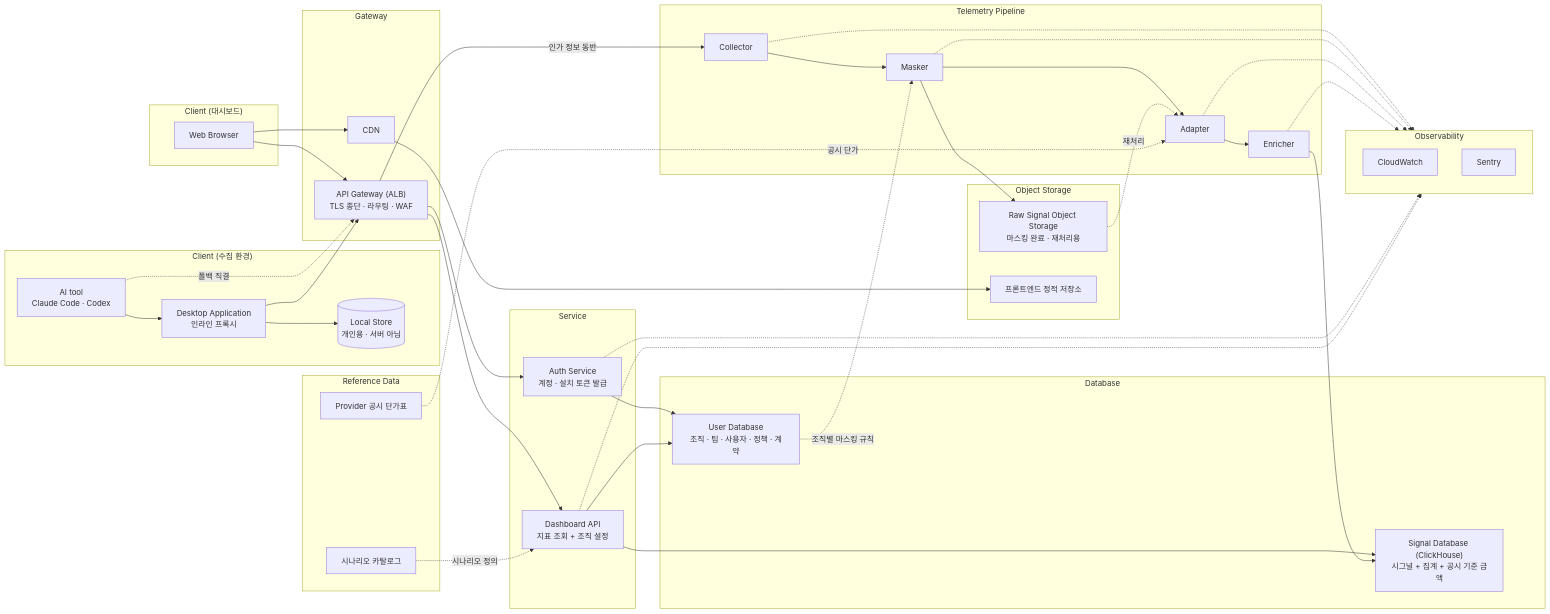
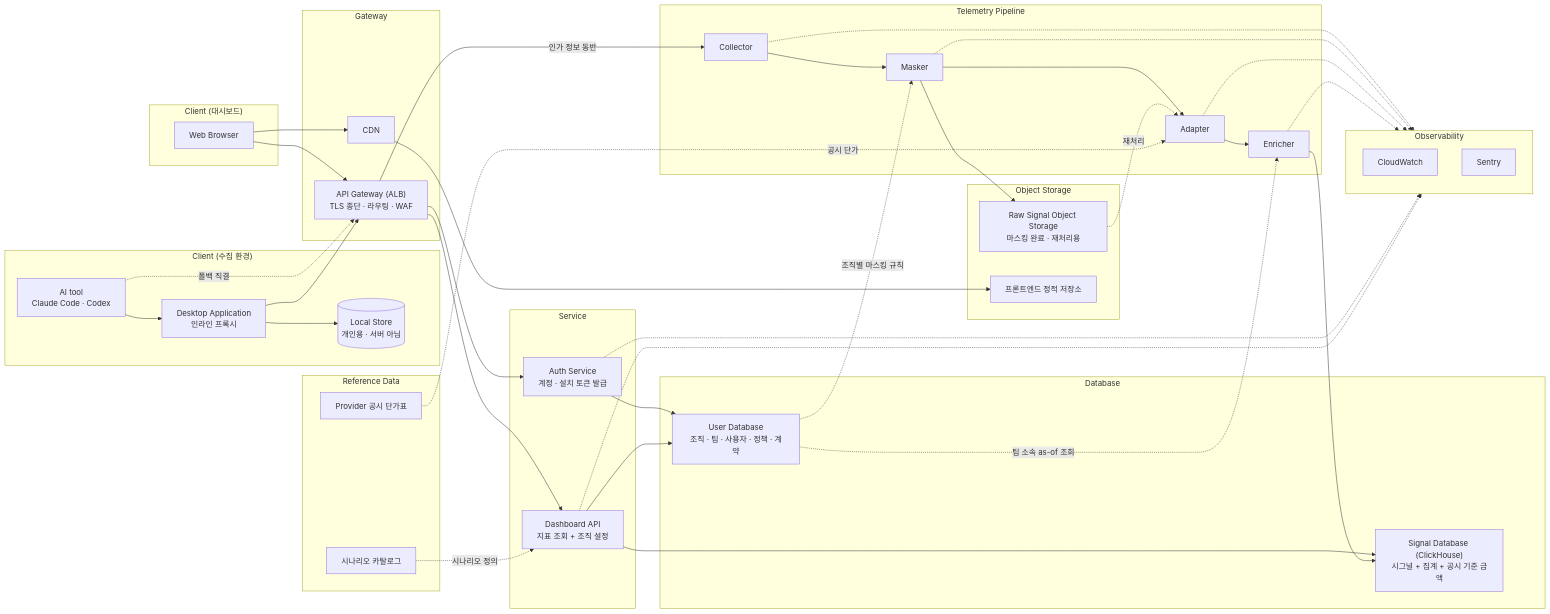
One commit to soma-376/docs changed the diagram in architecture/overview.md. Above: the diagram before and after it, drawn with Mermaid. The commit also changed other lines of this file and 12 other files, not shown here.

````diff
--- a/architecture/overview.md
+++ b/architecture/overview.md
@@ -21,70 +21,71 @@
 ```mermaid
 flowchart LR
   subgraph C1["Client (수집 환경)"]
     AITOOL["AI tool<br>Claude Code · Codex"]
     DESKTOP["Desktop Application<br>인라인 프록시"]
     LOCAL[("Local Store<br>개인용 · 서버 아님")]
   end
   subgraph C2["Client (대시보드)"]
     WEB["Web Browser"]
   end
   subgraph GW["Gateway"]
     APIGW["API Gateway (ALB)<br>TLS 종단 · 라우팅 · WAF"]
     CDN["CDN"]
   end
   subgraph SVC["Service"]
     AUTH["Auth Service<br>계정 · 설치 토큰 발급"]
     DASH["Dashboard API<br>지표 조회 + 조직 설정"]
   end
   subgraph PIPE["Telemetry Pipeline"]
     COL["Collector"]
     MASK["Masker"]
     ADP["Adapter"]
     ENR["Enricher"]
   end
   subgraph DB["Database"]
     USERDB["User Database<br>조직 · 팀 · 사용자 · 정책 · 계약"]
     SIGDB["Signal Database (ClickHouse)<br>시그널 + 집계 + 공시 기준 금액"]
   end
   subgraph OBJ["Object Storage"]
     RAW["Raw Signal Object Storage<br>마스킹 완료 · 재처리용"]
     STATIC["프론트엔드 정적 저장소"]
   end
   subgraph REF["Reference Data"]
     PRICE["Provider 공시 단가표"]
     SCEN["시나리오 카탈로그"]
   end
   subgraph OBS["Observability"]
     CWL["CloudWatch"]
     SEN["Sentry"]
   end
 
   AITOOL --> DESKTOP
   DESKTOP --> LOCAL
   AITOOL -. "폴백 직결" .-> APIGW
   DESKTOP --> APIGW
   WEB --> APIGW
   WEB --> CDN
   CDN --> STATIC
   APIGW --> AUTH
   APIGW --> DASH
   APIGW -- "인가 정보 동반" --> COL
   AUTH --> USERDB
   DASH --> USERDB
   DASH --> SIGDB
   COL --> MASK
   MASK --> ADP
   MASK --> RAW
   ADP --> ENR
   ENR --> SIGDB
   USERDB -. "조직별 마스킹 규칙" .-> MASK
+  USERDB -. "팀 소속 as-of 조회" .-> ENR
   RAW -. "재처리" .-> ADP
   PRICE -. "공시 단가" .-> ADP
   SCEN -. "시나리오 정의" .-> DASH
   COL -.-> OBS
   MASK -.-> OBS
   ADP -.-> OBS
   ENR -.-> OBS
   AUTH -.-> OBS
   DASH -.-> OBS
 ```
````
